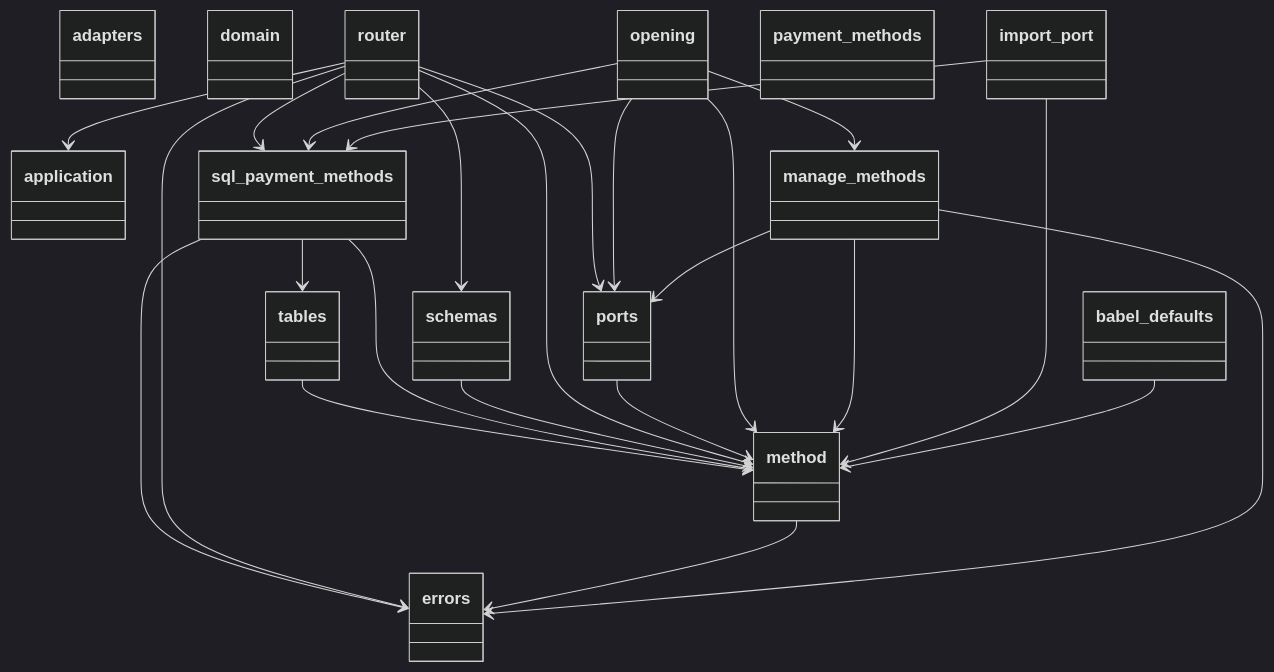
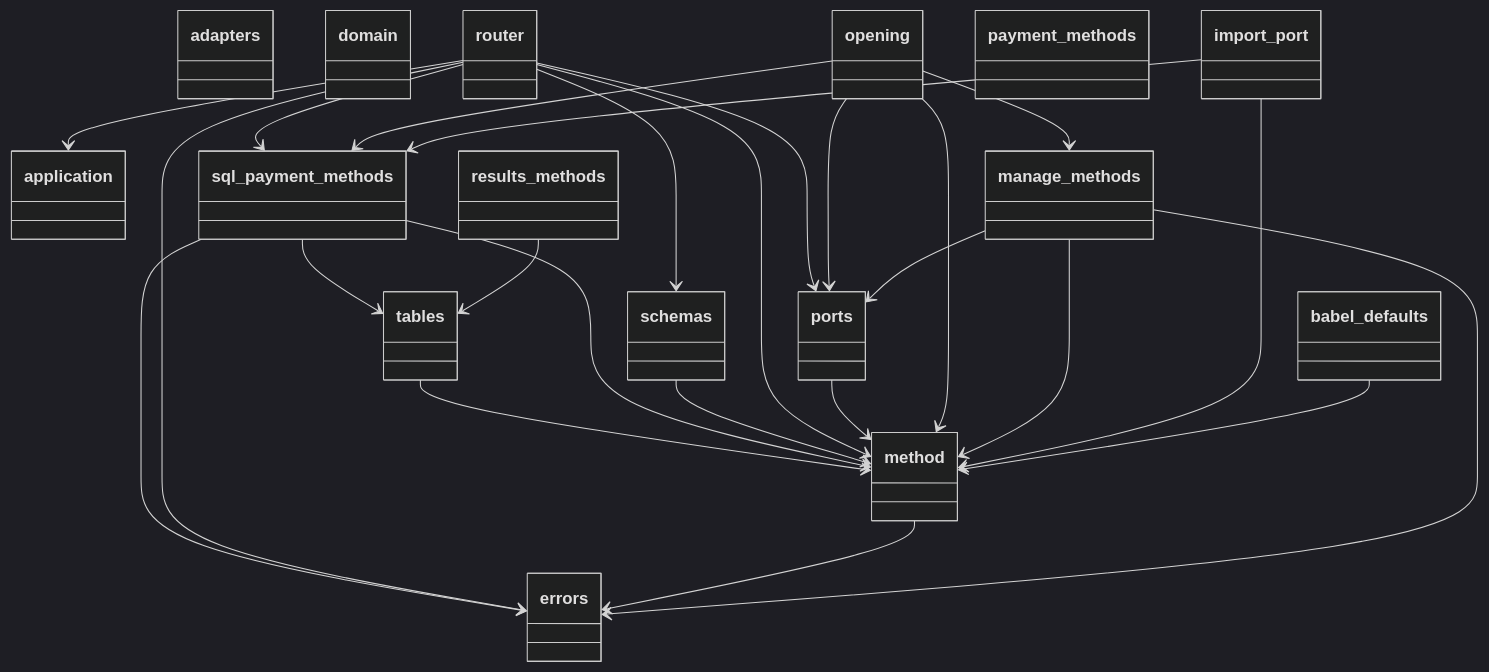
Before and after one commit to GonzaloZevallos/apostrophe: the first of 4 diagrams in docs/architecture/generated/classes/payment_methods.md, drawn with Mermaid (dark theme). The commit also changed other lines of this file and 3 other files, not shown here.

````diff
--- a/docs/architecture/generated/classes/payment_methods.md
+++ b/docs/architecture/generated/classes/payment_methods.md
@@ -7,56 +7,59 @@
 ```mermaid
 classDiagram
   class adapters {
   }
   class application {
   }
   class babel_defaults {
   }
   class domain {
   }
   class errors {
   }
   class import_port {
   }
   class manage_methods {
   }
   class method {
   }
   class opening {
   }
   class payment_methods {
   }
   class ports {
   }
+  class results_methods {
+  }
   class router {
   }
   class schemas {
   }
   class sql_payment_methods {
   }
   class tables {
   }
   babel_defaults --> method
   import_port --> method
   import_port --> sql_payment_methods
   manage_methods --> errors
   manage_methods --> method
   manage_methods --> ports
   method --> errors
   opening --> manage_methods
   opening --> method
   opening --> ports
   opening --> sql_payment_methods
   ports --> method
+  results_methods --> tables
   router --> application
   router --> errors
   router --> method
   router --> ports
   router --> schemas
   router --> sql_payment_methods
   schemas --> method
   sql_payment_methods --> errors
   sql_payment_methods --> method
   sql_payment_methods --> tables
   tables --> method
 ```
````
